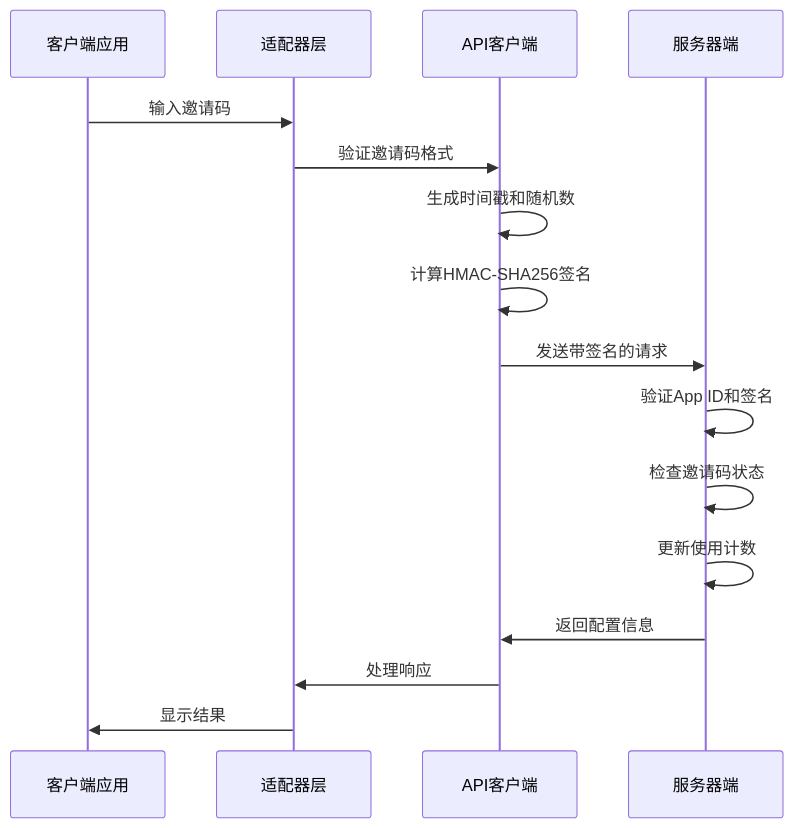
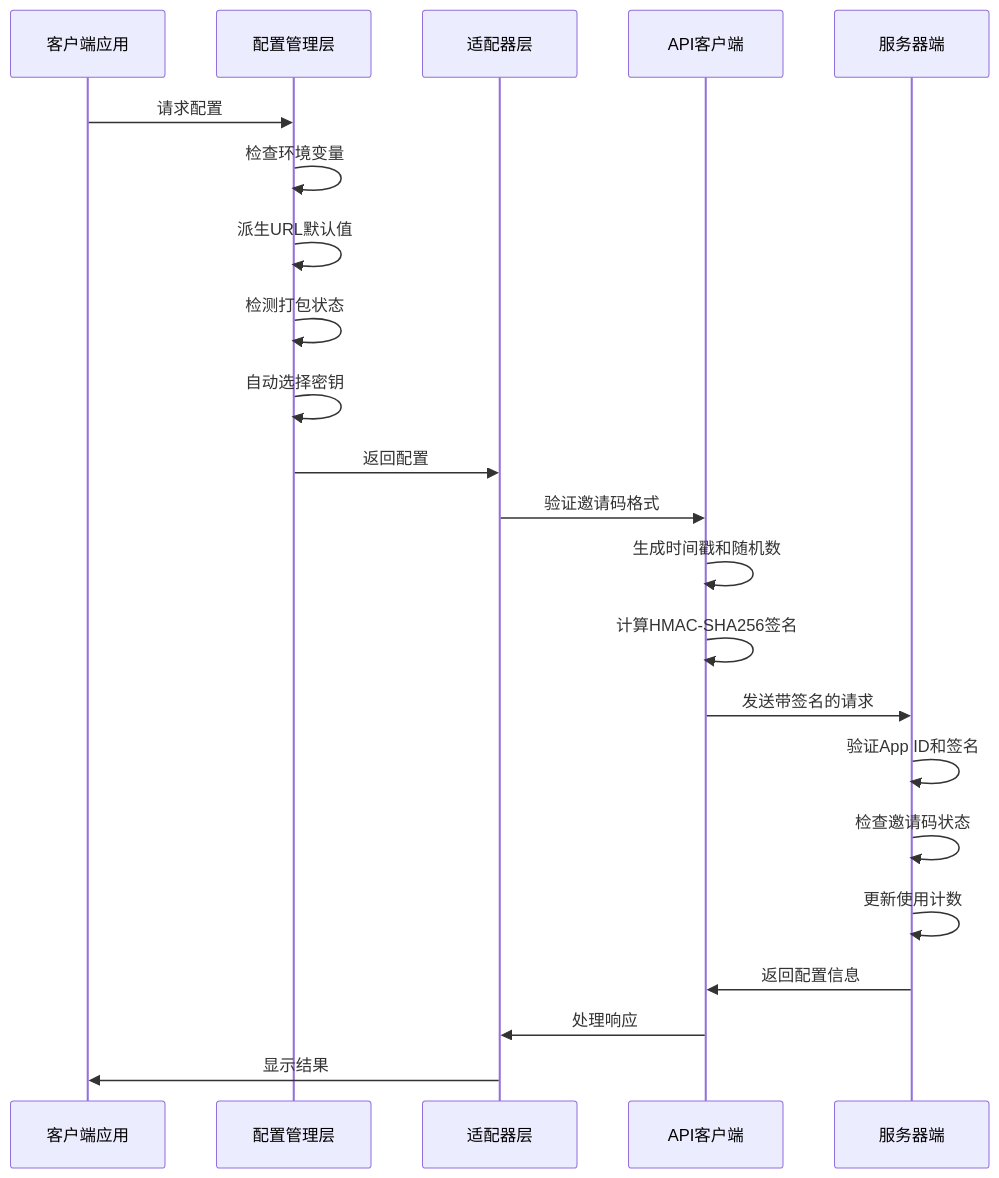
Before and after one commit to verse-ai-org/openclaw: the second of 10 diagrams in .qoder/repowiki/zh/content/核心概念/邀请码系统.md, drawn with Mermaid. The commit also changed other lines of this file and 50 other files, not shown here.

````diff
--- a/.qoder/repowiki/zh/content/核心概念/邀请码系统.md
+++ b/.qoder/repowiki/zh/content/核心概念/邀请码系统.md
@@ -108,18 +136,24 @@
 ```mermaid
 sequenceDiagram
 participant Client as 客户端应用
+participant Config as 配置管理层
 participant Adapter as 适配器层
 participant API as API客户端
 participant Server as 服务器端
-Client->>Adapter : 输入邀请码
+Client->>Config : 请求配置
+Config->>Config : 检查环境变量
+Config->>Config : 派生URL默认值
+Config->>Config : 检测打包状态
+Config->>Config : 自动选择密钥
+Config->>Adapter : 返回配置
 Adapter->>API : 验证邀请码格式
 API->>API : 生成时间戳和随机数
 API->>API : 计算HMAC-SHA256签名
 API->>Server : 发送带签名的请求
 Server->>Server : 验证App ID和签名
 Server->>Server : 检查邀请码状态
 Server->>Server : 更新使用计数
 Server->>API : 返回配置信息
 API->>Adapter : 处理响应
 Adapter->>Client : 显示结果
 ```
````
